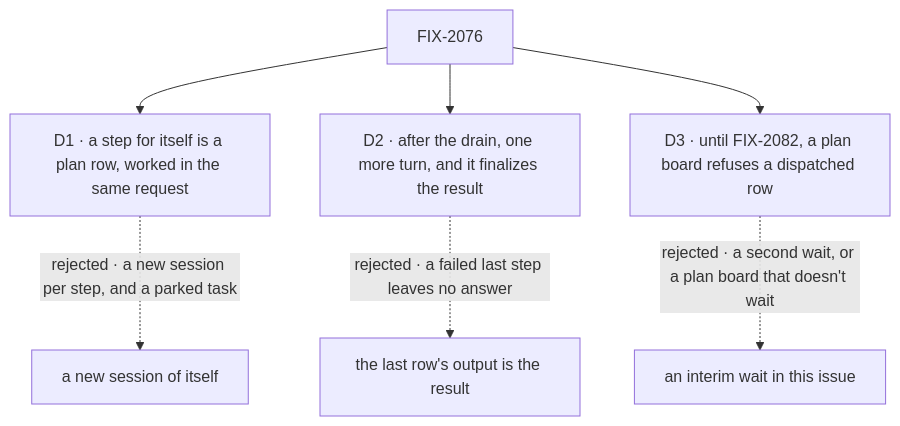
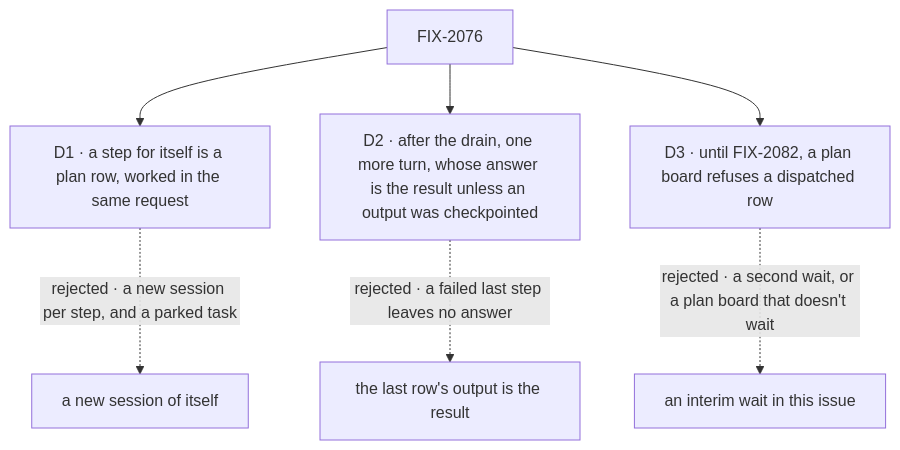
The diagram in specs/issues/FIX-2076/DECISIONS.md (fixpoint-labs/flow-state-dev), drawn with Mermaid before and after one commit. The commit also changed other lines of this file and 2 other files, not shown here.

First line of the commit message:
spec(FIX-2076): the latest output checkpoint is the result, per owner sign-off

````diff
--- a/specs/issues/FIX-2076/DECISIONS.md
+++ b/specs/issues/FIX-2076/DECISIONS.md
@@ -11,9 +11,9 @@
 ```mermaid
 flowchart TD
   I["FIX-2076"] --> D1["D1 · a step for itself is a plan row, worked in the same request"]
   D1 -.->|"rejected · a new session per step, and a parked task"| X1["a new session of itself"]
-  I --> D2["D2 · after the drain, one more turn, and it finalizes the result"]
+  I --> D2["D2 · after the drain, one more turn, whose answer is the result unless an output was checkpointed"]
   D2 -.->|"rejected · a failed last step leaves no answer"| X2["the last row's output is the result"]
   I --> D3["D3 · until FIX-2082, a plan board refuses a dispatched row"]
   D3 -.->|"rejected · a second wait, or a plan board that doesn't wait"| X3["an interim wait in this issue"]
 ```
````
